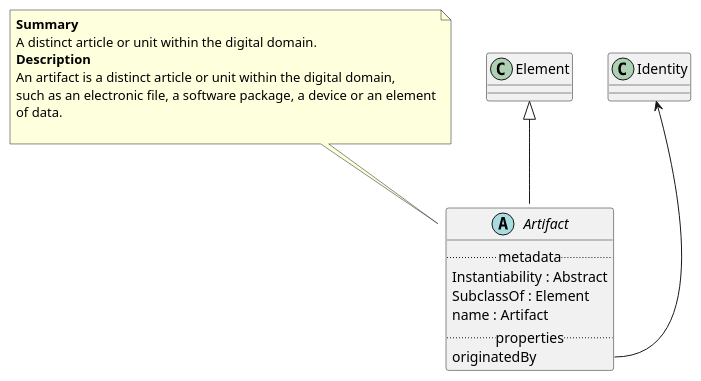
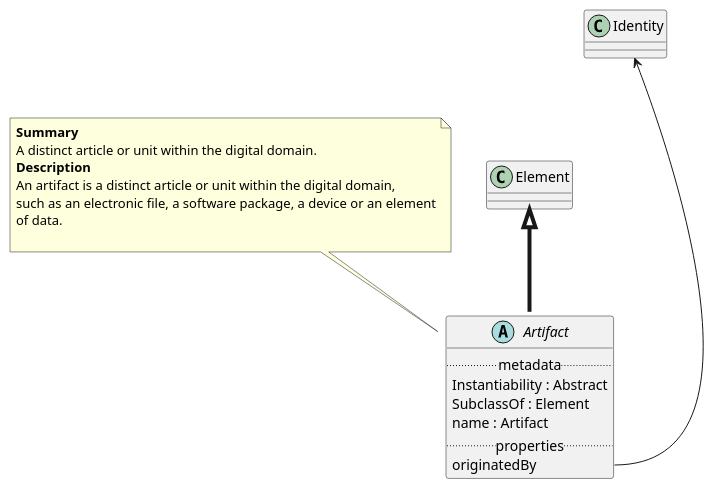
The diagram in Classes/Artifact.puml (maxhbr/spec-parser.hs), drawn with PlantUML before and after one commit. The commit also changed 61 other files, not shown here.

```diff
--- a/Classes/Artifact.puml
+++ b/Classes/Artifact.puml
@@ -1,21 +1,21 @@
 @startuml
 abstract Artifact {
 .. metadata ..
     Instantiability : Abstract
     SubclassOf : Element
     name : Artifact
 .. properties ..
     originatedBy
 }
 note top of Artifact
 <b>Summary</b>
 A distinct article or unit within the digital domain.
 <b>Description</b>
 An artifact is a distinct article or unit within the digital domain,
 such as an electronic file, a software package, a device or an element
 of data.
 
 end note
-"Element" <|-- "Artifact"
-"Identity" <-- "Artifact::originatedBy"
+"Element" <|-[thickness=4]- "Artifact"
+"Identity" <--- "Artifact::originatedBy"
 @enduml
```
